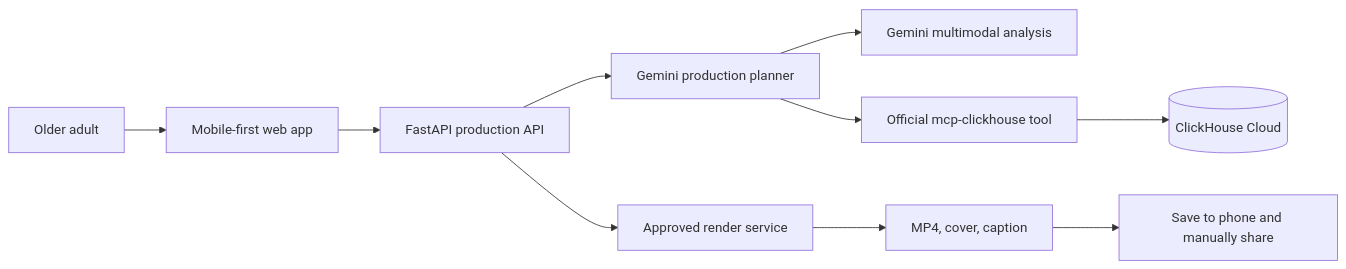
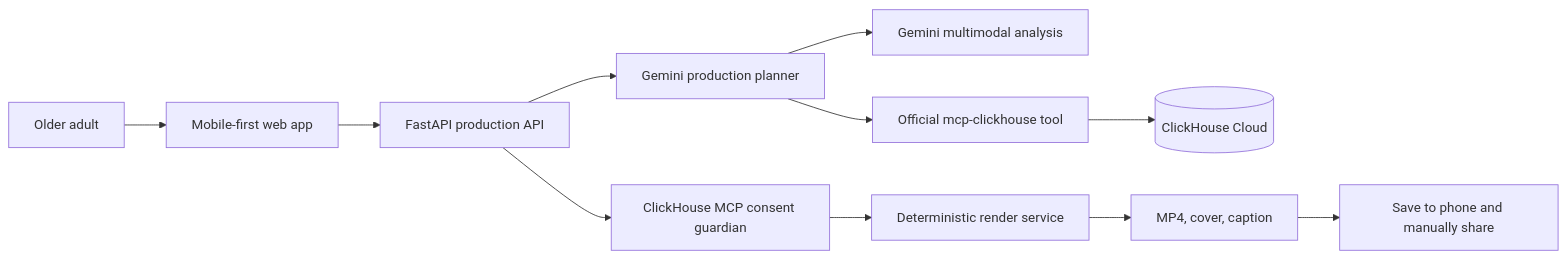
The diagram in docs/ARCHITECTURE.md (afaryy/MemoryDirector), drawn with Mermaid before and after one commit. The commit also changed other lines of this file and 3 other files, not shown here.

````diff
--- a/docs/ARCHITECTURE.md
+++ b/docs/ARCHITECTURE.md
@@ -5,12 +5,13 @@
 ```mermaid
 flowchart LR
   U[Older adult] --> W[Mobile-first web app]
   W --> API[FastAPI production API]
   API --> G[Gemini production planner]
   G --> M[Gemini multimodal analysis]
   G --> CH[Official mcp-clickhouse tool]
   CH --> DB[(ClickHouse Cloud)]
-  API --> R[Approved render service]
+  API --> C[ClickHouse MCP consent guardian]
+  C --> R[Deterministic render service]
   R --> O[MP4, cover, caption]
   O --> S[Save to phone and manually share]
 ```
````
